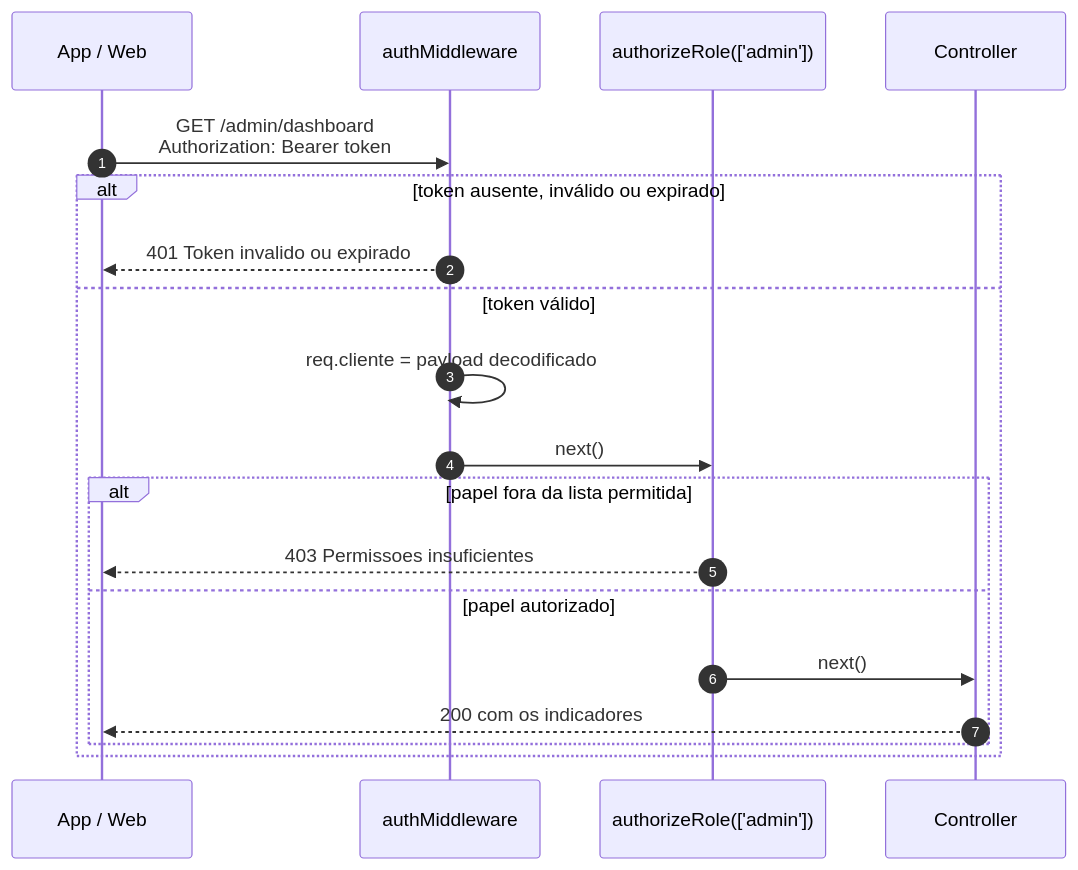
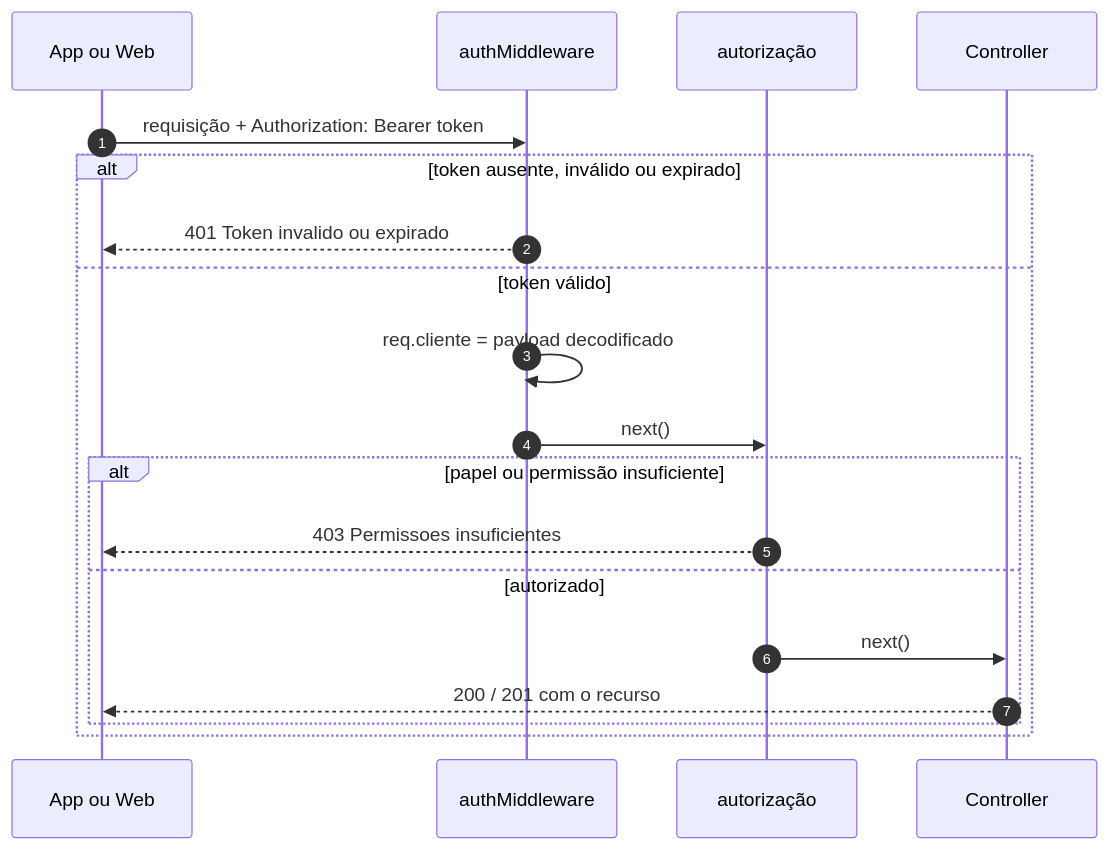
One commit to JoaoVitorMcz/pcforge-mobile changed the second of 4 diagrams in docs/diagramas-sequencia.md. Above: the diagram before and after it, drawn with Mermaid. The commit also changed other lines of this file and 8 other files, not shown here.

````diff
--- a/docs/diagramas-sequencia.md
+++ b/docs/diagramas-sequencia.md
@@ -63,24 +73,24 @@
 ```mermaid
 sequenceDiagram
     autonumber
-    participant App as App / Web
+    participant App as App ou Web
     participant Auth as authMiddleware
-    participant Role as authorizeRole(['admin'])
+    participant Role as autorização
     participant Ctrl as Controller
 
-    App->>Auth: GET /admin/dashboard<br/>Authorization: Bearer token
+    App->>Auth: requisição + Authorization: Bearer token
 
     alt token ausente, inválido ou expirado
         Auth-->>App: 401 Token invalido ou expirado
     else token válido
         Auth->>Auth: req.cliente = payload decodificado
         Auth->>Role: next()
 
-        alt papel fora da lista permitida
+        alt papel ou permissão insuficiente
             Role-->>App: 403 Permissoes insuficientes
-        else papel autorizado
+        else autorizado
             Role->>Ctrl: next()
-            Ctrl-->>App: 200 com os indicadores
+            Ctrl-->>App: 200 / 201 com o recurso
         end
     end
 ```
````
